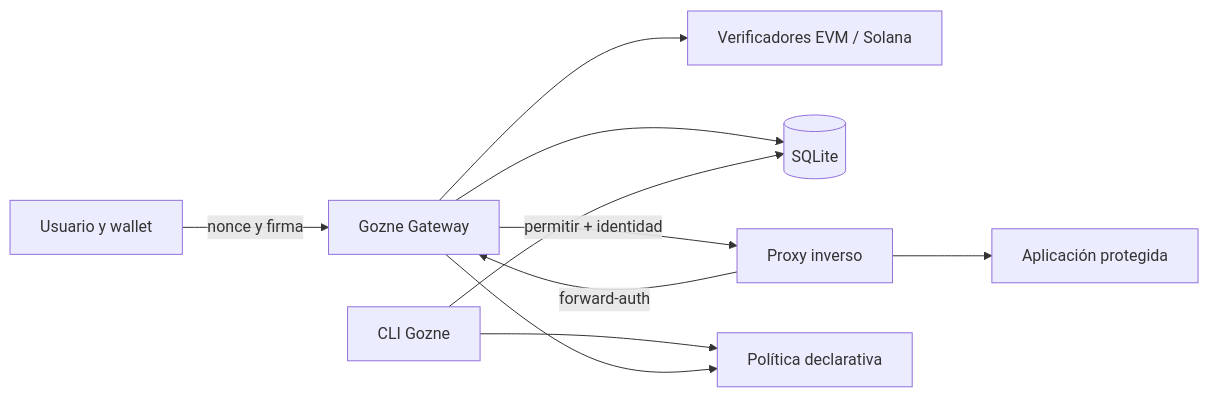
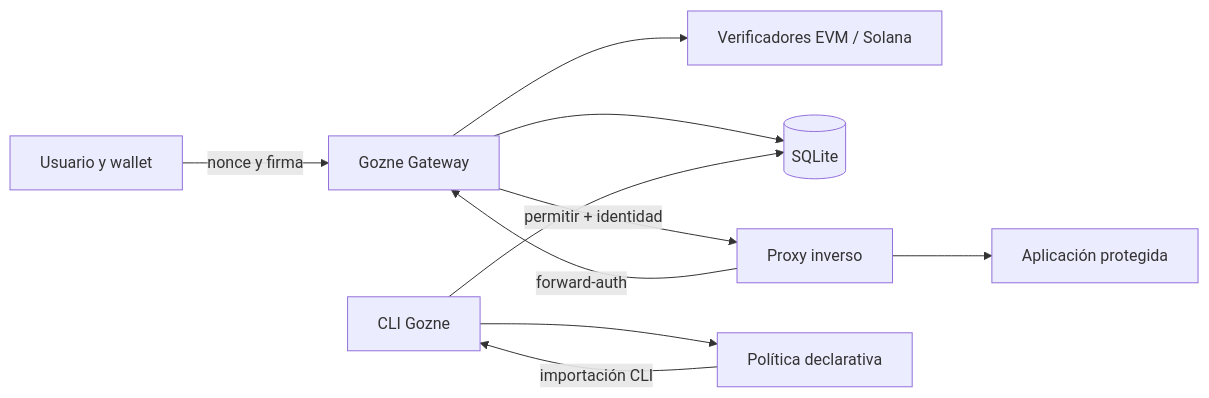
Before and after one commit to enriquegrx/gozne: the diagram in docs/02-ARQUITECTURA.md, drawn with Mermaid. The commit also changed other lines of this file and 40 other files, not shown here.

````diff
--- a/docs/02-ARQUITECTURA.md
+++ b/docs/02-ARQUITECTURA.md
@@ -21,12 +21,12 @@
 ```mermaid
 flowchart LR
     U[Usuario y wallet] -->|nonce y firma| G[Gozne Gateway]
     G --> V[Verificadores EVM / Solana]
     G --> S[(SQLite)]
     P[Proxy inverso] -->|forward-auth| G
     G -->|permitir + identidad| P
     P --> A[Aplicación protegida]
     C[CLI Gozne] --> S
     C --> F[Política declarativa]
-    G --> F
+    F -->|importación CLI| C
 ```
````
